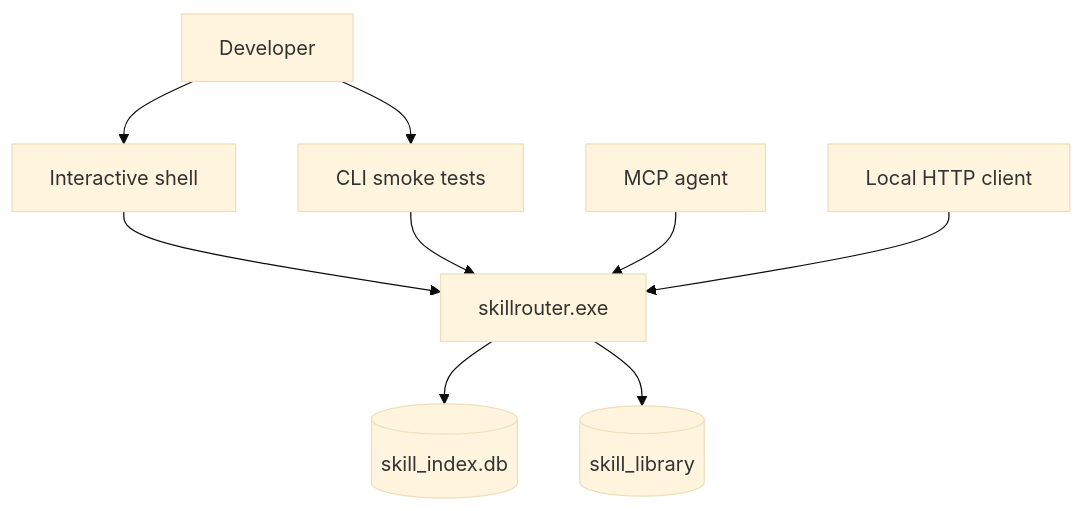
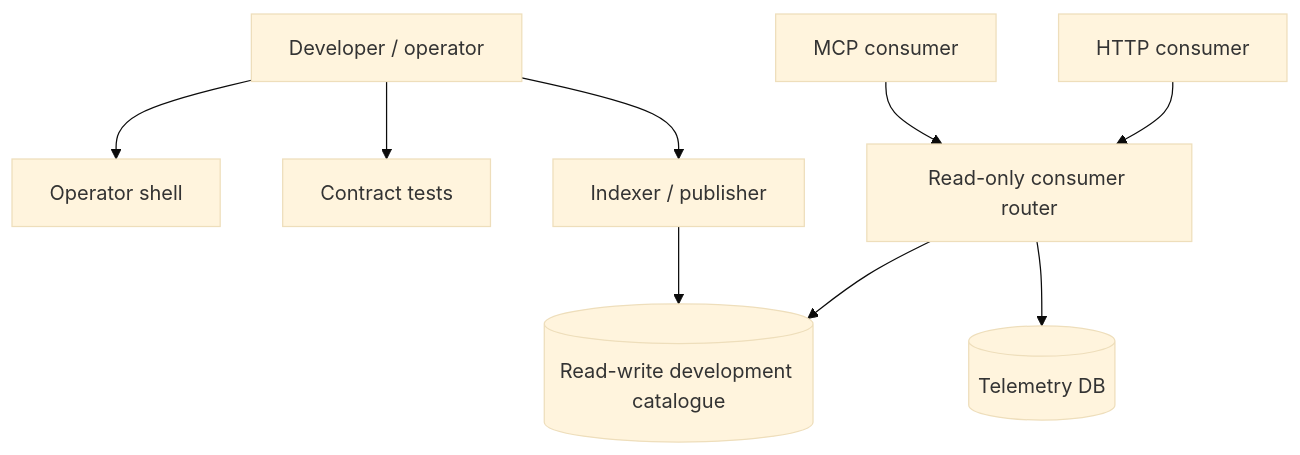
Before and after one commit to moritzketzer/skill-router: the sixth of 6 diagrams in docs/INTEGRATION_PATTERNS.md, drawn with Mermaid (base theme). The commit also changed other lines of this file and 17 other files, not shown here.

````diff
--- a/docs/INTEGRATION_PATTERNS.md
+++ b/docs/INTEGRATION_PATTERNS.md
@@ -127,20 +130,18 @@
 ```mermaid
 flowchart TB
-    Dev[Developer]
-    Shell[Interactive shell]
-    Tests[CLI smoke tests]
-    Agent[MCP agent]
-    App[Local HTTP client]
-    Router[skillrouter.exe]
-    Index[(skill_index.db)]
-    Library[(skill_library)]
+    Dev[Developer / operator]
+    Shell[Operator shell]
+    Tests[Contract tests]
+    Publisher[Indexer / publisher]
+    Agent[MCP consumer]
+    App[HTTP consumer]
 
     Dev --> Shell
     Dev --> Tests
-    Shell --> Router
-    Tests --> Router
-    Agent --> Router
-    App --> Router
-    Router --> Index
-    Router --> Library
+    Dev --> Publisher
+    Publisher --> C[(Read-write development catalogue)]
+    Agent --> R[Read-only consumer router]
+    App --> R
+    R --> C
+    R --> T[(Telemetry DB)]
 ```
````
